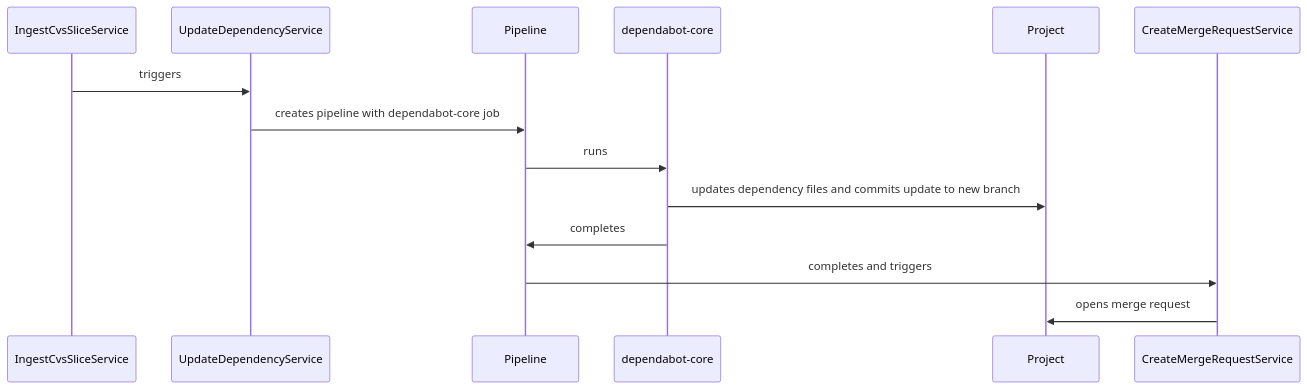
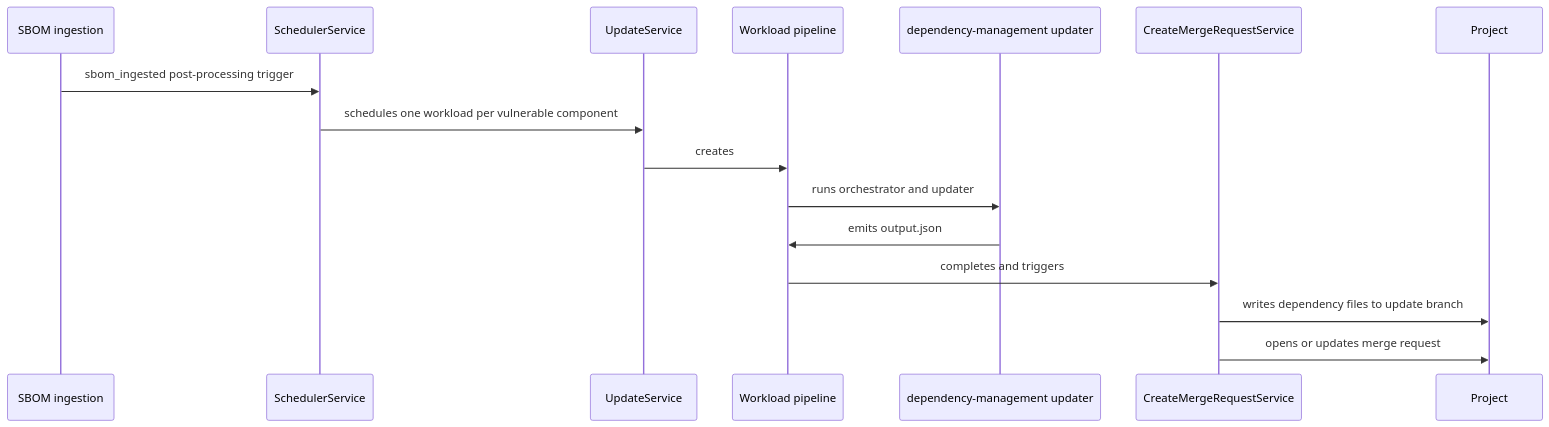
Before and after one commit to kyama0/gitlab-handbook-ja: the diagram in content/handbook/engineering/architecture/design-documents/automated_dependency_updates/_index.md, drawn with Mermaid. The commit also changed other lines of this file and 90 other files, not shown here.

````diff
--- a/content/handbook/engineering/architecture/design-documents/automated_dependency_updates/_index.md
+++ b/content/handbook/engineering/architecture/design-documents/automated_dependency_updates/_index.md
@@ -114,10 +129,11 @@
 ```mermaid
 sequenceDiagram
-    IngestCvsSliceService->>UpdateDependencyService: triggers
-    UpdateDependencyService->>Pipeline: creates pipeline with dependabot-core job
-    Pipeline->>dependabot-core: runs
-    dependabot-core->>Project: updates dependency files and commits update to new branch
-    dependabot-core->>Pipeline: completes
-    Pipeline->>CreateMergeRequestService: completes and triggers
-    CreateMergeRequestService->>Project: opens merge request
+    SBOM ingestion->>SchedulerService: sbom_ingested post-processing trigger
+    SchedulerService->>UpdateService: schedules one workload per vulnerable component
+    UpdateService->>Workload pipeline: creates
+    Workload pipeline->>dependency-management updater: runs orchestrator and updater
+    dependency-management updater->>Workload pipeline: emits output.json
+    Workload pipeline->>CreateMergeRequestService: completes and triggers
+    CreateMergeRequestService->>Project: writes dependency files to update branch
+    CreateMergeRequestService->>Project: opens or updates merge request
 ```
````
